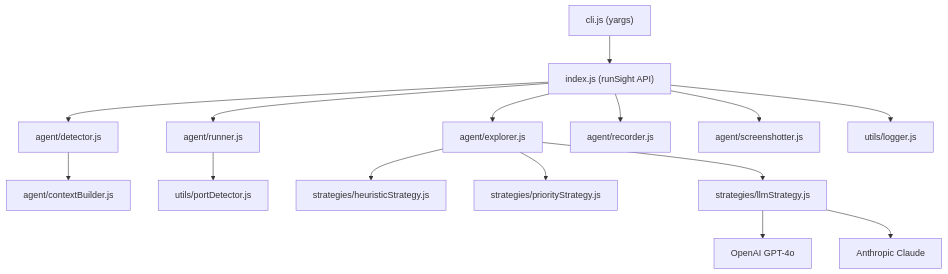
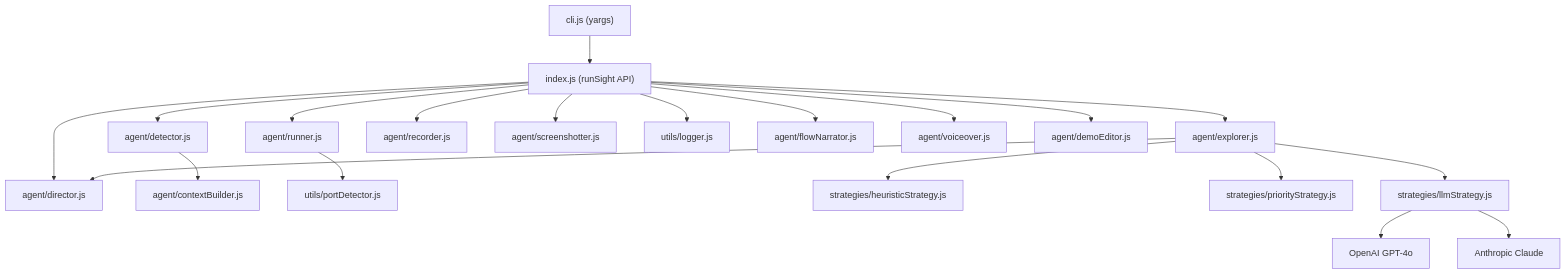
Before and after one commit to Abm32/runsight: the diagram in docs/ARCHITECTURE.md, drawn with Mermaid. The commit also changed other lines of this file and 3 other files, not shown here.

````diff
--- a/docs/ARCHITECTURE.md
+++ b/docs/ARCHITECTURE.md
@@ -16,17 +16,22 @@
 ```mermaid
 graph TD
     CLI["cli.js (yargs)"] --> API["index.js (runSight API)"]
     API --> DET["agent/detector.js"]
     API --> RUN["agent/runner.js"]
     API --> EXP["agent/explorer.js"]
     API --> REC["agent/recorder.js"]
     API --> SS["agent/screenshotter.js"]
     API --> LOG["utils/logger.js"]
+    API --> DIR["agent/director.js"]
+    API --> NAR["agent/flowNarrator.js"]
+    API --> VO["agent/voiceover.js"]
+    API --> ED["agent/demoEditor.js"]
+    EXP --> DIR
     DET --> CTX["agent/contextBuilder.js"]
     RUN --> PD["utils/portDetector.js"]
     EXP --> HS["strategies/heuristicStrategy.js"]
     EXP --> PS["strategies/priorityStrategy.js"]
     EXP --> LS["strategies/llmStrategy.js"]
     LS --> OAI["OpenAI GPT-4o"]
     LS --> ANT["Anthropic Claude"]
 ```
````
